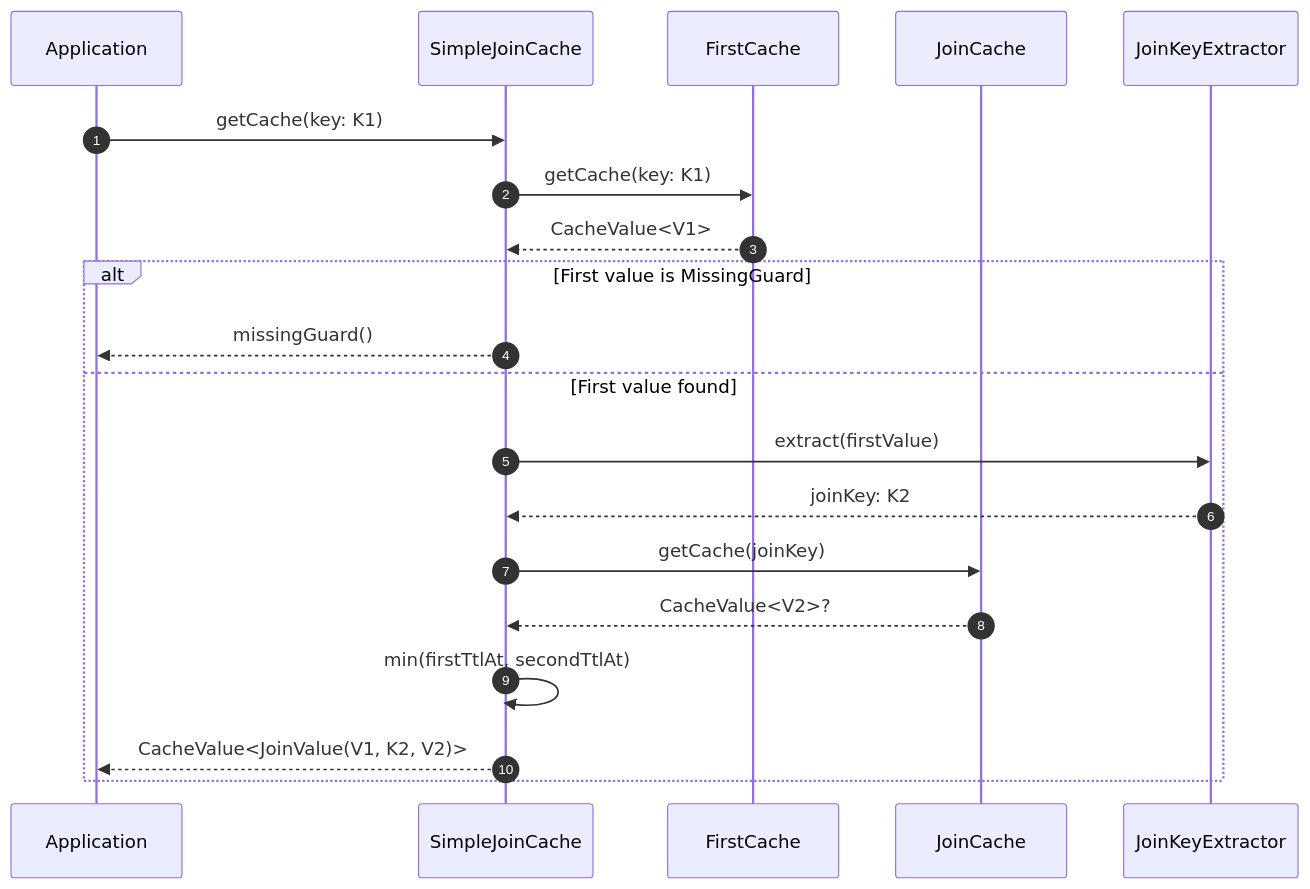
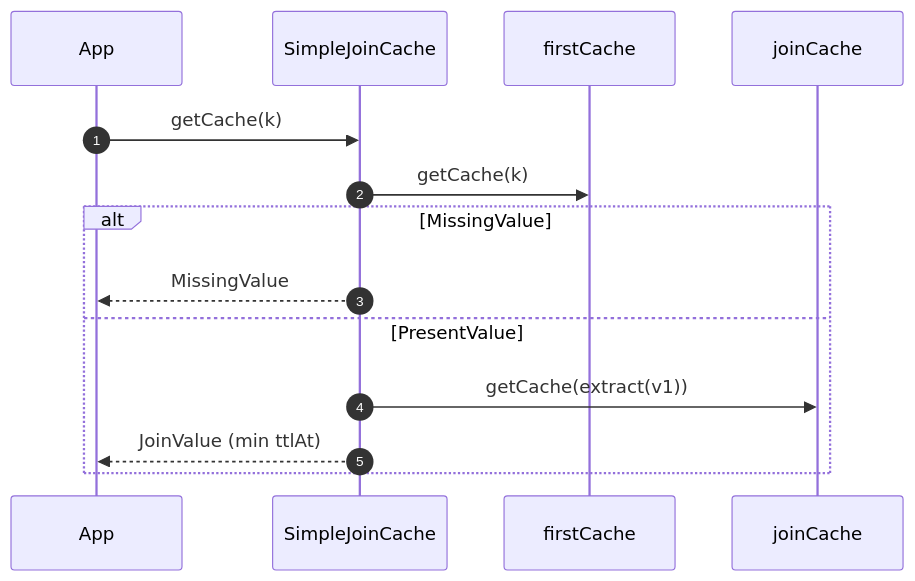
Before and after one commit to Ahoo-Wang/CoCache: the third of 3 diagrams in wiki/modules/cocache-core.md, drawn with Mermaid. The commit also changed other lines of this file and 256 other files, not shown here.

````diff
--- a/wiki/modules/cocache-core.md
+++ b/wiki/modules/cocache-core.md
@@ -351,24 +105,16 @@
 ```mermaid
 sequenceDiagram
 autonumber
-    participant App as Application
+    participant App
     participant SJC as SimpleJoinCache
-    participant FC as FirstCache
-    participant JC as JoinCache
-    participant JKE as JoinKeyExtractor
-
-    App->>SJC: getCache(key: K1)
-    SJC->>FC: getCache(key: K1)
-    FC-->>SJC: CacheValue<V1>
-
-    alt First value is MissingGuard
-        SJC-->>App: missingGuard()
-    else First value found
-        SJC->>JKE: extract(firstValue)
-        JKE-->>SJC: joinKey: K2
-        SJC->>JC: getCache(joinKey)
-        JC-->>SJC: CacheValue<V2>?
-        SJC->>SJC: min(firstTtlAt, secondTtlAt)
-        SJC-->>App: CacheValue<JoinValue(V1, K2, V2)>
+    participant F as firstCache
+    participant J as joinCache
+    App->>SJC: getCache(k)
+    SJC->>F: getCache(k)
+    alt MissingValue
+        SJC-->>App: MissingValue
+    else PresentValue
+        SJC->>J: getCache(extract(v1))
+        SJC-->>App: JoinValue (min ttlAt)
     end
 ```
````
